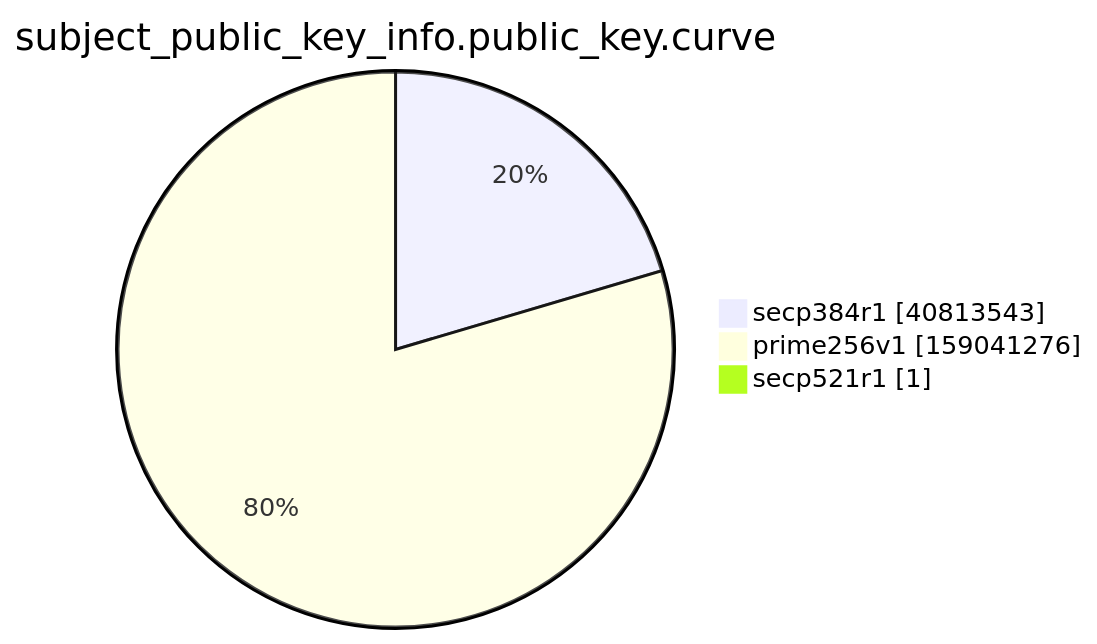
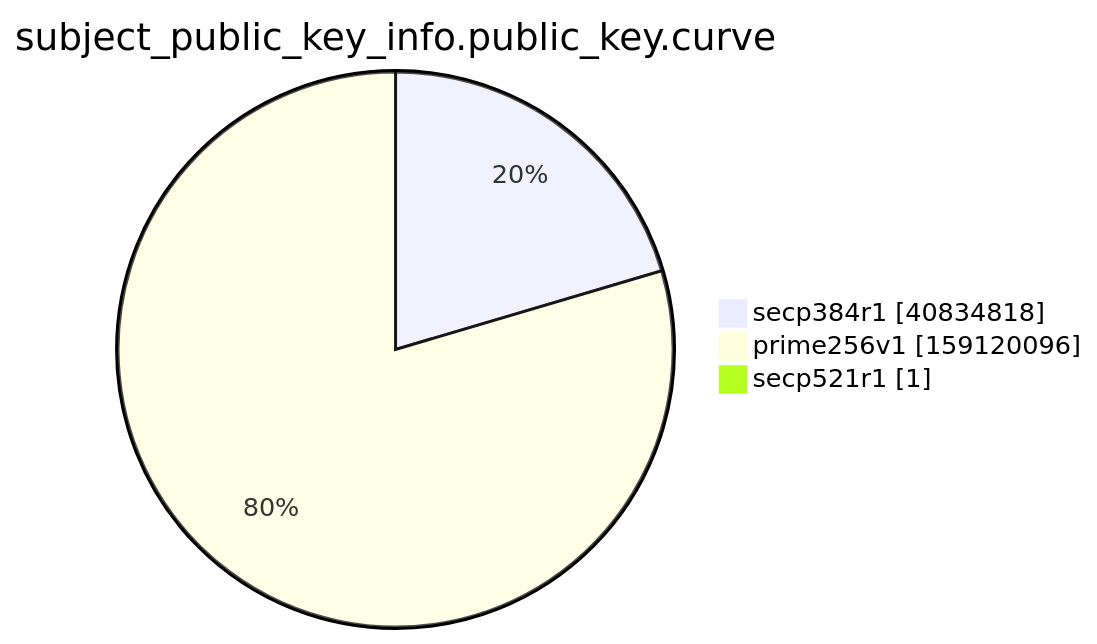
One commit to christiankrug/ctmonitor_visualization changed the ninth of 15 diagrams in xenon2022/README.md. Above: the diagram before and after it, drawn with Mermaid. The commit also changed other lines of this file, not shown here.

````diff
--- a/xenon2022/README.md
+++ b/xenon2022/README.md
@@ -2867,7 +2867,7 @@
 ```mermaid
 pie showData
 title subject_public_key_info.public_key.curve
-"secp384r1" :40813543
-"prime256v1" :159041276
+"secp384r1" :40834818
+"prime256v1" :159120096
 "secp521r1" :1
 ```
````
